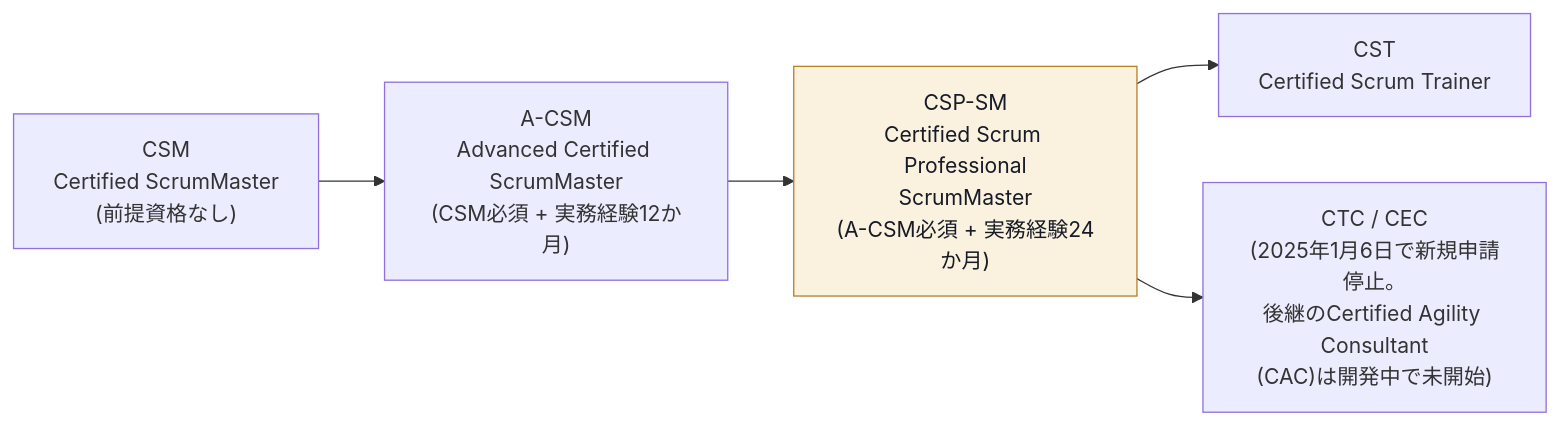
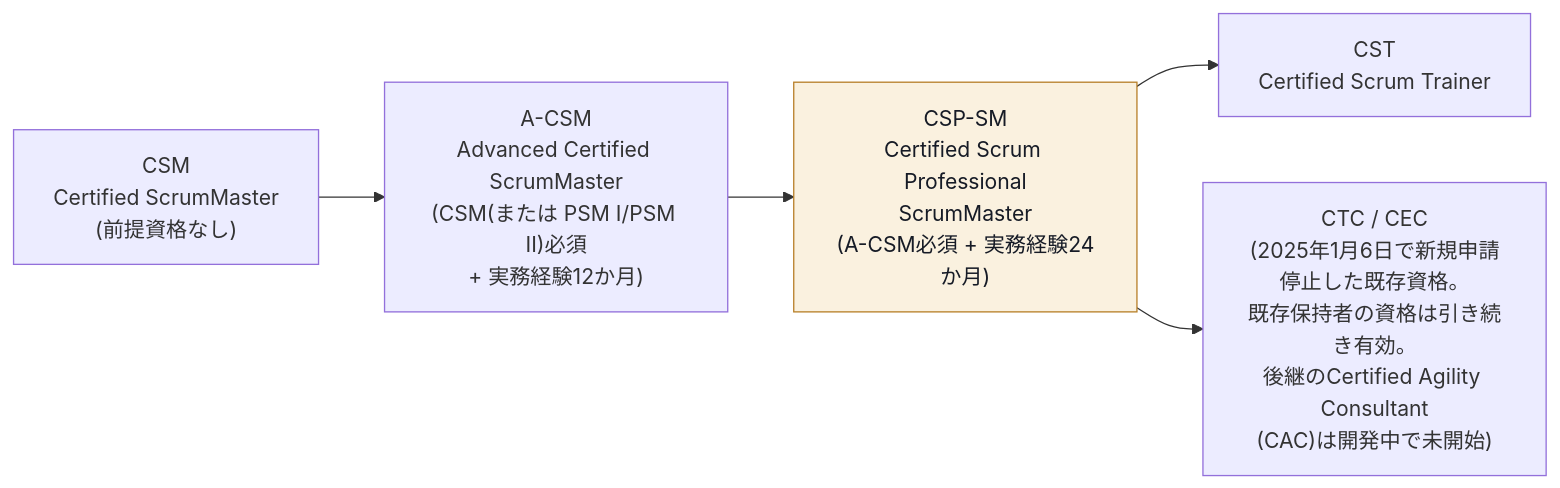
The first of 15 diagrams in Csp-sm-certified-scrum-professional-scrummaster-study-guide.md (myoshi2891/Management-Team-Building-Studies), drawn with Mermaid before and after one commit. The commit also changed other lines of this file, not shown here.

Commit message:
docs: CSP-SM 学習ガイドのMermaid図整形およびCTC/CEC注記を更新

````diff
--- a/Csp-sm-certified-scrum-professional-scrummaster-study-guide.md
+++ b/Csp-sm-certified-scrum-professional-scrummaster-study-guide.md
@@ -57,10 +57,10 @@
 ```mermaid
 flowchart LR
-    A["CSM<br/>Certified ScrumMaster<br/>(前提資格なし)"] --> B["A-CSM<br/>Advanced Certified ScrumMaster<br/>(CSM必須 + 実務経験12か月)"]
+    A["CSM<br/>Certified ScrumMaster<br/>(前提資格なし)"] --> B["A-CSM<br/>Advanced Certified ScrumMaster<br/>(CSM(または PSM I/PSM II)必須<br/>+ 実務経験12か月)"]
     B --> C["CSP-SM<br/>Certified Scrum Professional<br/>ScrumMaster<br/>(A-CSM必須 + 実務経験24か月)"]
     C --> D["CST<br/>Certified Scrum Trainer"]
-    C --> E["CTC / CEC<br/>(2025年1月6日で新規申請停止。<br/>後継のCertified Agility Consultant<br/>(CAC)は開発中で未開始)"]
+    C --> E["CTC / CEC<br/>(2025年1月6日で新規申請停止した既存資格。<br/>既存保持者の資格は引き続き有効。<br/>後継のCertified Agility Consultant<br/>(CAC)は開発中で未開始)"]
 
     classDef current fill:#FAF1DF,stroke:#B8802A,color:#161B26
     class C current
 ```
````
